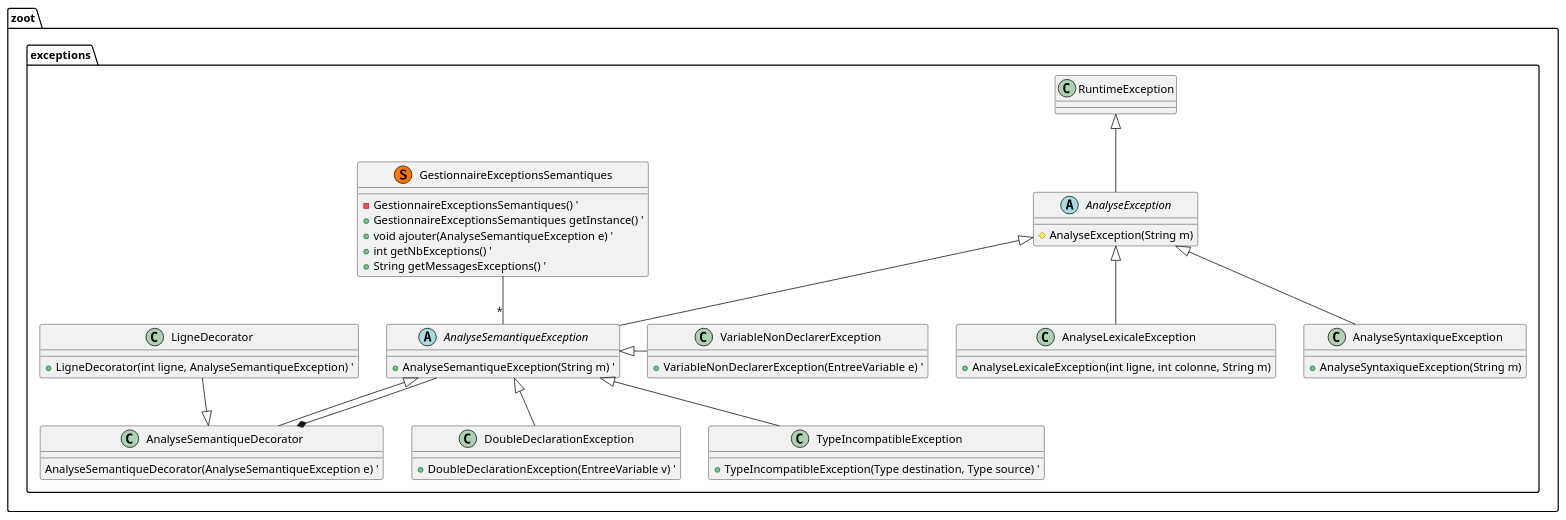
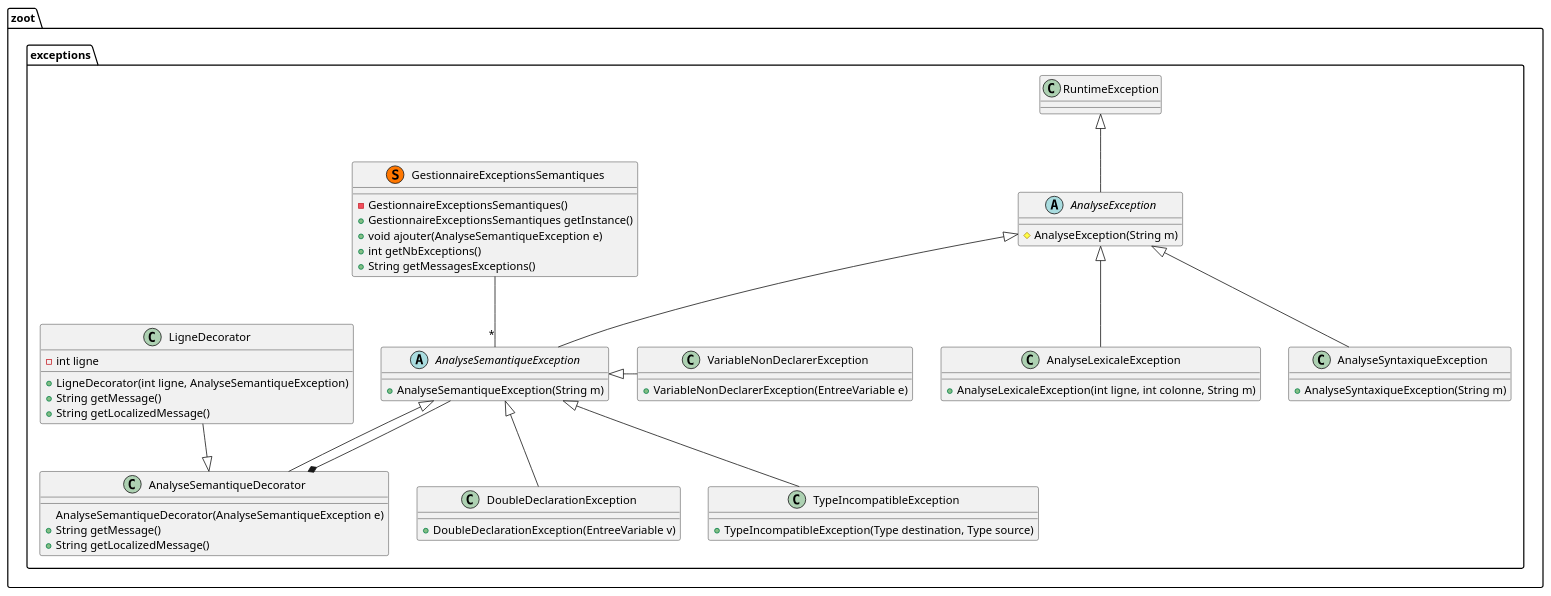
The diagram in diagrammes/classe/exceptions.puml (lmtb06/zoot), drawn with PlantUML before and after one commit. The commit also changed 8 other files, not shown here.

```diff
--- a/diagrammes/classe/exceptions.puml
+++ b/diagrammes/classe/exceptions.puml
@@ -1,63 +1,68 @@
 @startuml "Package exceptions"
 
 namespace zoot.exceptions {
     ' Includes
     ' Classes
     abstract class AnalyseException {
         # AnalyseException(String m)
     }
 
     class AnalyseLexicaleException {
         + AnalyseLexicaleException(int ligne, int colonne, String m)
     }
 
     class AnalyseSyntaxiqueException {
         + AnalyseSyntaxiqueException(String m)
     }
 
     abstract class AnalyseSemantiqueException {
-        + AnalyseSemantiqueException(String m) '
+        + AnalyseSemantiqueException(String m)
     }
 
     class GestionnaireExceptionsSemantiques << (S,#FF7700) >> {
-        - GestionnaireExceptionsSemantiques() '
-        + GestionnaireExceptionsSemantiques getInstance() '
-        + void ajouter(AnalyseSemantiqueException e) '
-        + int getNbExceptions() '
-        + String getMessagesExceptions() '
+        - GestionnaireExceptionsSemantiques()
+        + GestionnaireExceptionsSemantiques getInstance()
+        + void ajouter(AnalyseSemantiqueException e)
+        + int getNbExceptions()
+        + String getMessagesExceptions()
     }
 
     class AnalyseSemantiqueDecorator {
-        AnalyseSemantiqueDecorator(AnalyseSemantiqueException e) '
+        AnalyseSemantiqueDecorator(AnalyseSemantiqueException e)
+        + String getMessage()
+        + String getLocalizedMessage()
     }
 
     class DoubleDeclarationException {
-        + DoubleDeclarationException(EntreeVariable v) '
+        + DoubleDeclarationException(EntreeVariable v)
     }
 
     class TypeIncompatibleException {
-        + TypeIncompatibleException(Type destination, Type source) '
+        + TypeIncompatibleException(Type destination, Type source)
     }
 
     class VariableNonDeclarerException {
-        + VariableNonDeclarerException(EntreeVariable e) '
+        + VariableNonDeclarerException(EntreeVariable e)
     }
 
     class LigneDecorator {
-        + LigneDecorator(int ligne, AnalyseSemantiqueException) '
+        - int ligne
+        + LigneDecorator(int ligne, AnalyseSemantiqueException)
+        + String getMessage()
+        + String getLocalizedMessage()
     }
 
     ' Relations entre les classes
     AnalyseException -up-|> RuntimeException
     AnalyseLexicaleException -up-|> AnalyseException
     AnalyseSyntaxiqueException -up-|> AnalyseException
     AnalyseSemantiqueException -up-|> AnalyseException
     AnalyseSemantiqueDecorator -up-|> AnalyseSemantiqueException
     AnalyseSemantiqueDecorator *-- AnalyseSemantiqueException
     DoubleDeclarationException -up-|> AnalyseSemantiqueException
     TypeIncompatibleException -up-|> AnalyseSemantiqueException
     VariableNonDeclarerException -left-|> AnalyseSemantiqueException
     LigneDecorator --|> AnalyseSemantiqueDecorator
     GestionnaireExceptionsSemantiques -down-"*" AnalyseSemantiqueException
 }
 @enduml
```
